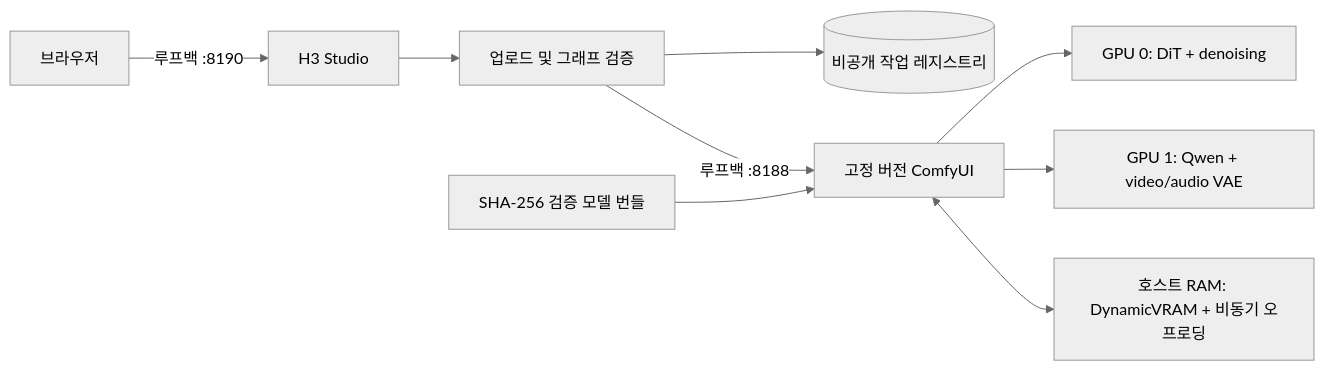
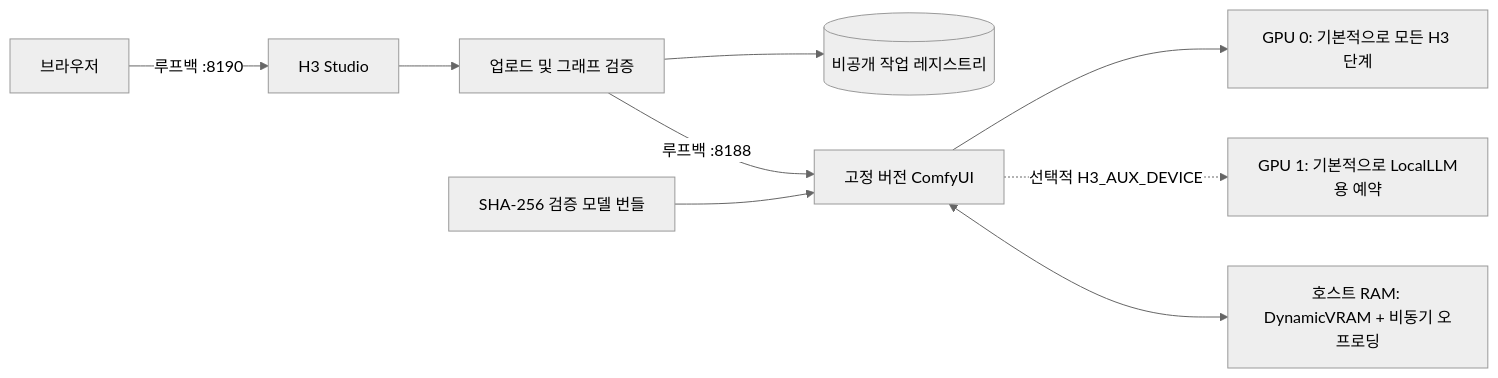
The diagram in i18n/README.ko.md (lachlanchen/LocalVideoGen), drawn with Mermaid (neutral theme) before and after one commit. The commit also changed other lines of this file and 28 other files, not shown here.

````diff
--- a/i18n/README.ko.md
+++ b/i18n/README.ko.md
@@ -54,11 +56,12 @@
 ```mermaid
 flowchart LR
     B[브라우저] -->|루프백 :8190| S[H3 Studio]
     S --> V[업로드 및 그래프 검증]
     V --> J[(비공개 작업 레지스트리)]
     V -->|루프백 :8188| C[고정 버전 ComfyUI]
-    C --> G0[GPU 0: DiT + denoising]
-    C --> G1[GPU 1: Qwen + video/audio VAE]
+    C --> G0[GPU 0: 기본적으로 모든 H3 단계]
+    G1[GPU 1: 기본적으로 LocalLLM용 예약]
+    C -. 선택적 H3_AUX_DEVICE .-> G1
     C <--> R[호스트 RAM: DynamicVRAM + 비동기 오프로딩]
     M[SHA-256 검증 모델 번들] --> C
 ```
````
